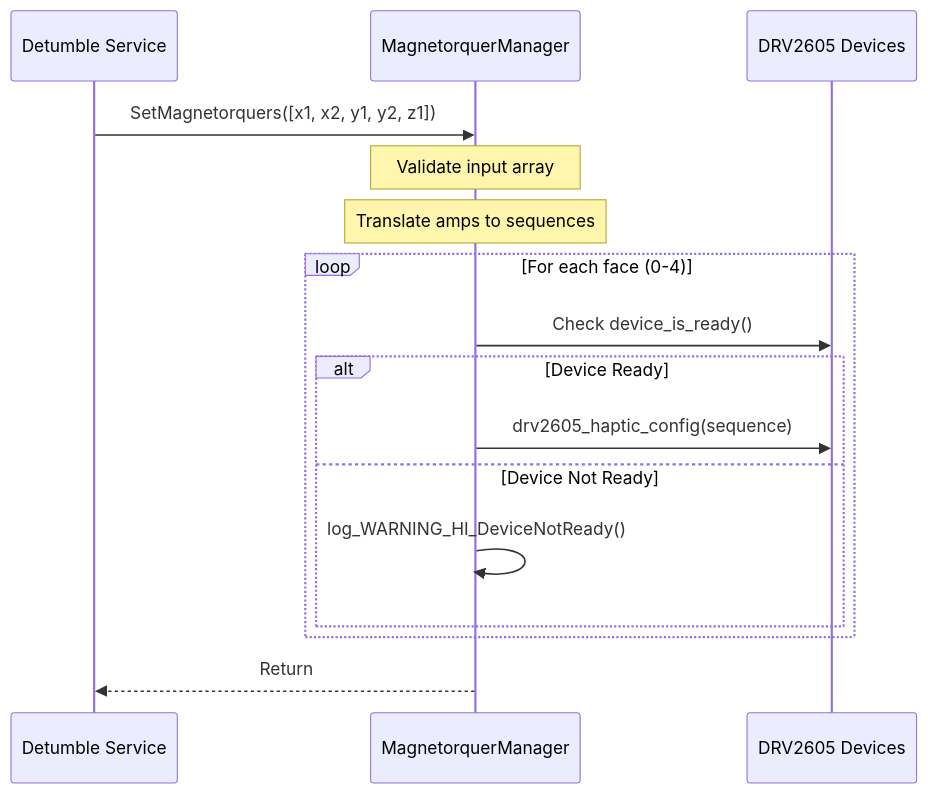
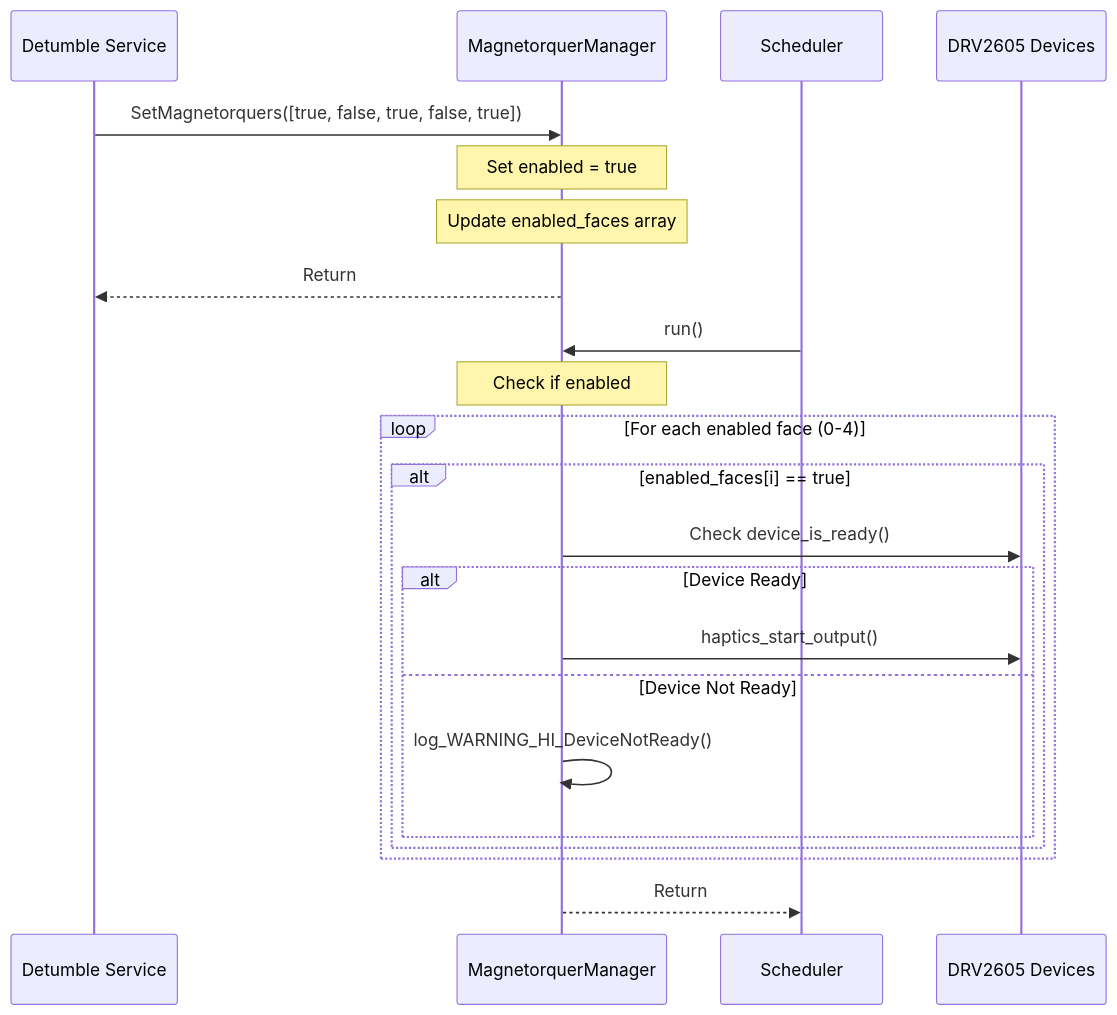
The third of 4 diagrams in FprimeZephyrReference/Components/Drv/MagnetorquerManager/docs/sdd.md (Open-Source-Space-Foundation/proves-core-reference), drawn with Mermaid before and after one commit. The commit also changed other lines of this file, not shown here.

````diff
--- a/FprimeZephyrReference/Components/Drv/MagnetorquerManager/docs/sdd.md
+++ b/FprimeZephyrReference/Components/Drv/MagnetorquerManager/docs/sdd.md
@@ -66,19 +75,26 @@
 ```mermaid
 sequenceDiagram
     participant DS as Detumble Service
     participant MM as MagnetorquerManager
+    participant Sched as Scheduler
     participant DRV as DRV2605 Devices
 
-    DS->>MM: SetMagnetorquers([x1, x2, y1, y2, z1])
-    Note over MM: Validate input array
-    Note over MM: Translate amps to sequences
-    loop For each face (0-4)
-        MM->>DRV: Check device_is_ready()
-        alt Device Ready
-            MM->>DRV: drv2605_haptic_config(sequence)
-        else Device Not Ready
-            MM->>MM: log_WARNING_HI_DeviceNotReady()
+    DS->>MM: SetMagnetorquers([true, false, true, false, true])
+    Note over MM: Set enabled = true
+    Note over MM: Update enabled_faces array
+    MM-->>DS: Return
+
+    Sched->>MM: run()
+    Note over MM: Check if enabled
+    loop For each enabled face (0-4)
+        alt enabled_faces[i] == true
+            MM->>DRV: Check device_is_ready()
+            alt Device Ready
+                MM->>DRV: haptics_start_output()
+            else Device Not Ready
+                MM->>MM: log_WARNING_HI_DeviceNotReady()
+            end
         end
     end
-    MM-->>DS: Return
+    MM-->>Sched: Return
 ```
````
